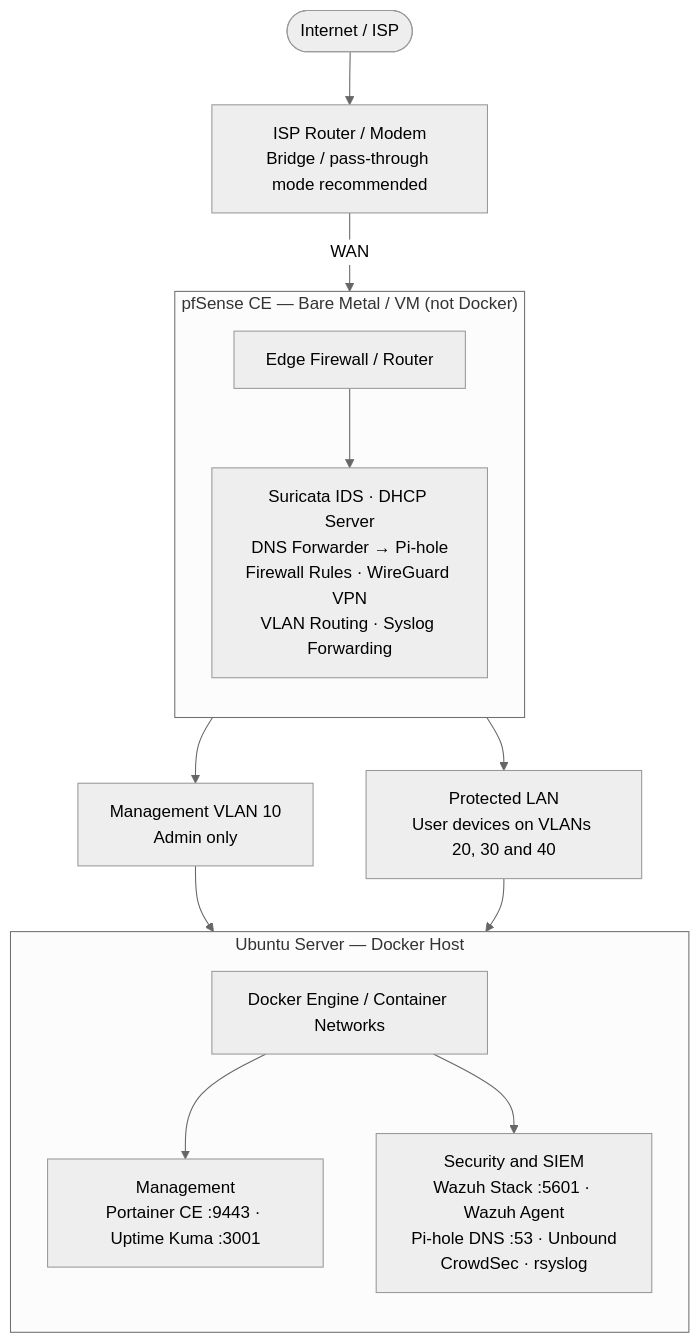
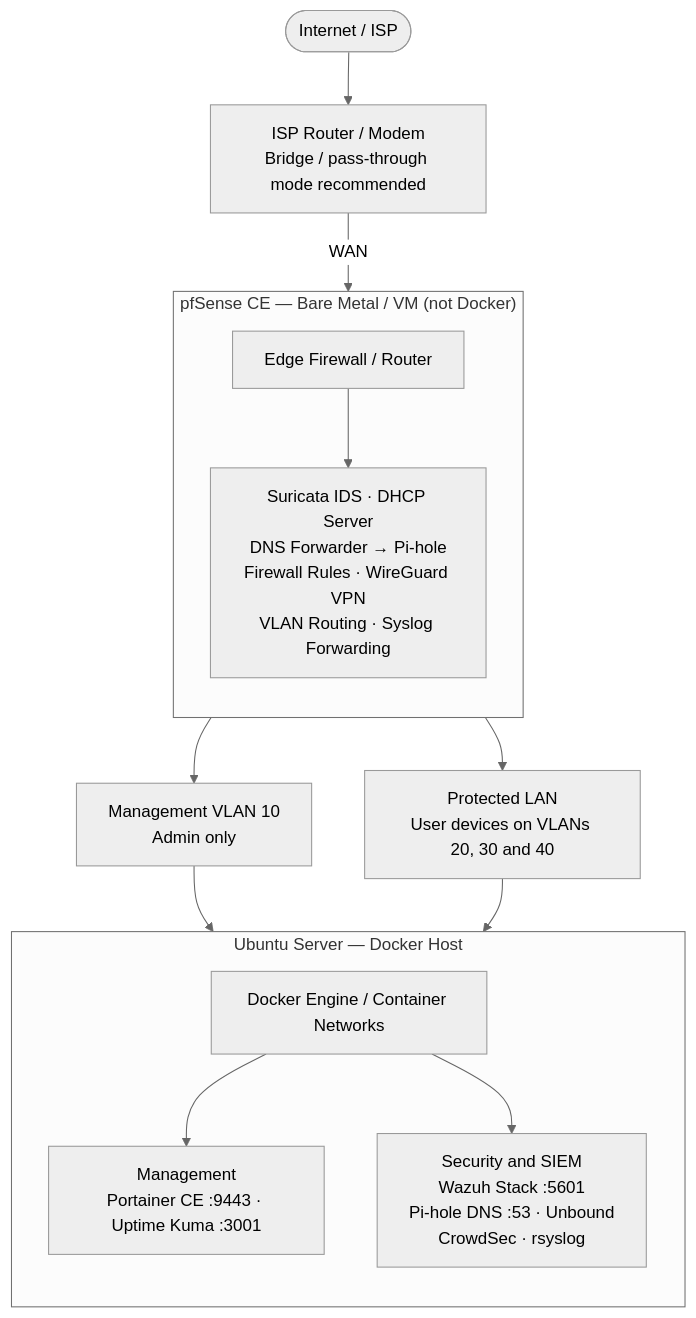
The diagram in README.md (MIjashRajthala/Sentinel-stack), drawn with Mermaid (neutral theme) before and after one commit. The commit also changed other lines of this file and 12 other files, not shown here.

````diff
--- a/README.md
+++ b/README.md
@@ -13,27 +13,27 @@
 ```mermaid
 flowchart TB
     internet(["Internet / ISP"]) --> router["ISP Router / Modem<br/>Bridge / pass-through mode recommended"]
     router -->|"WAN"| firewall
 
     subgraph edge["pfSense CE — Bare Metal / VM (not Docker)"]
         direction TB
         firewall["Edge Firewall / Router"]
         edgeServices["Suricata IDS · DHCP Server<br/>DNS Forwarder → Pi-hole<br/>Firewall Rules · WireGuard VPN<br/>VLAN Routing · Syslog Forwarding"]
         firewall --> edgeServices
     end
 
     firewall --> management["Management VLAN 10<br/>Admin only"]
     firewall --> protected["Protected LAN<br/>User devices on VLANs 20, 30 and 40"]
 
     management --> dockerIngress
     protected --> dockerIngress
 
     subgraph docker["Ubuntu Server — Docker Host"]
         direction TB
         dockerIngress["Docker Engine / Container Networks"]
         adminServices["Management<br/>Portainer CE :9443 · Uptime Kuma :3001"]
-        securityServices["Security and SIEM<br/>Wazuh Stack :5601 · Wazuh Agent<br/>Pi-hole DNS :53 · Unbound<br/>CrowdSec · rsyslog"]
+        securityServices["Security and SIEM<br/>Wazuh Stack :5601<br/>Pi-hole DNS :53 · Unbound<br/>CrowdSec · rsyslog"]
         dockerIngress --> adminServices
         dockerIngress --> securityServices
     end
 ```
````
